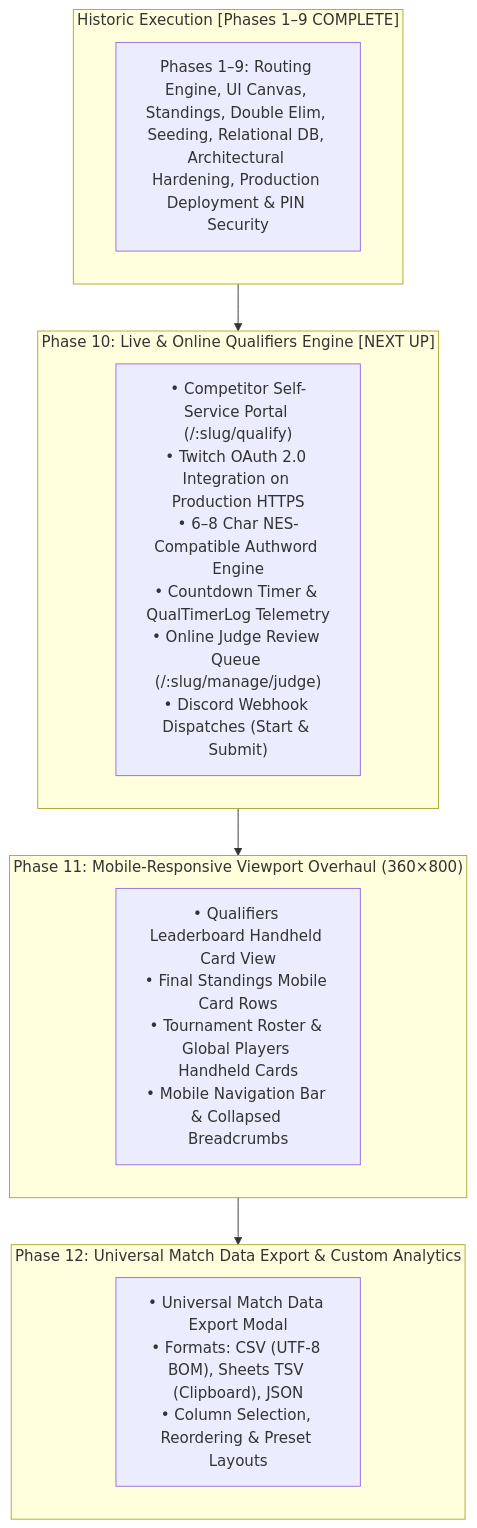
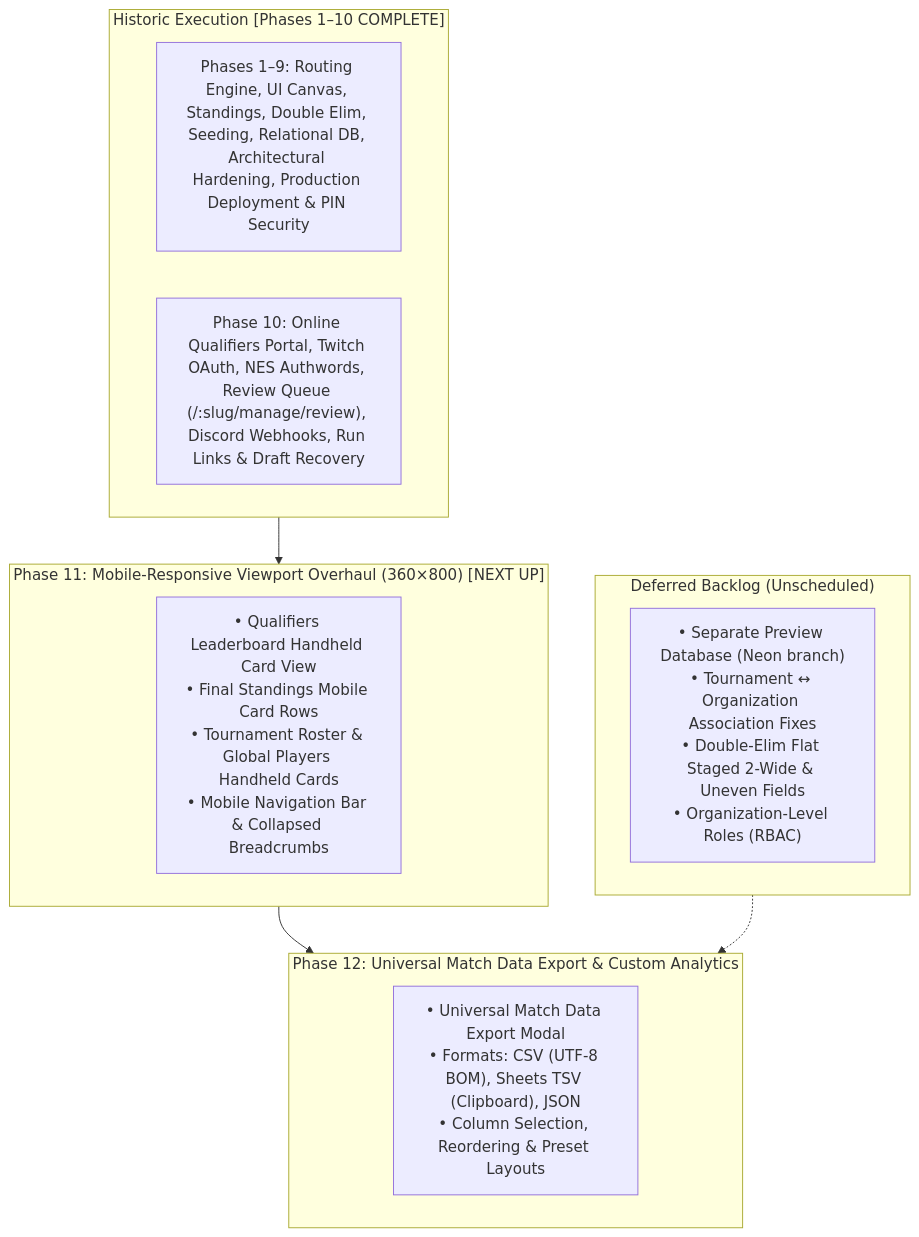
One commit to jgrondski/matchfoundry changed the diagram in docs/implementation_plan.md. Above: the diagram before and after it, drawn with Mermaid. The commit also changed other lines of this file and 14 other files, not shown here.

````diff
--- a/docs/implementation_plan.md
+++ b/docs/implementation_plan.md
@@ -126,20 +126,22 @@
 ```mermaid
 flowchart TD
-    subgraph Historic["Historic Execution [Phases 1–9 COMPLETE]"]
+    subgraph Historic["Historic Execution [Phases 1–10 COMPLETE]"]
         H1["Phases 1–9: Routing Engine, UI Canvas, Standings, Double Elim, Seeding, Relational DB, Architectural Hardening, Production Deployment & PIN Security"]
+        H2["Phase 10: Online Qualifiers Portal, Twitch OAuth, NES Authwords, Review Queue (/:slug/manage/review), Discord Webhooks, Run Links & Draft Recovery"]
     end
 
-    subgraph Phase10["Phase 10: Live & Online Qualifiers Engine [NEXT UP]"]
-        P10["• Competitor Self-Service Portal (/:slug/qualify)<br>• Twitch OAuth 2.0 Integration on Production HTTPS<br>• 6–8 Char NES-Compatible Authword Engine<br>• Countdown Timer & QualTimerLog Telemetry<br>• Online Judge Review Queue (/:slug/manage/judge)<br>• Discord Webhook Dispatches (Start & Submit)"]
-    end
-
-    subgraph Phase11["Phase 11: Mobile-Responsive Viewport Overhaul (360×800)"]
+    subgraph Phase11["Phase 11: Mobile-Responsive Viewport Overhaul (360×800) [NEXT UP]"]
         P11["• Qualifiers Leaderboard Handheld Card View<br>• Final Standings Mobile Card Rows<br>• Tournament Roster & Global Players Handheld Cards<br>• Mobile Navigation Bar & Collapsed Breadcrumbs"]
     end
 
     subgraph Phase12["Phase 12: Universal Match Data Export & Custom Analytics"]
         P12["• Universal Match Data Export Modal<br>• Formats: CSV (UTF-8 BOM), Sheets TSV (Clipboard), JSON<br>• Column Selection, Reordering & Preset Layouts"]
     end
 
-    Historic --> Phase10 --> Phase11 --> Phase12
+    subgraph Backlog["Deferred Backlog (Unscheduled)"]
+        B1["• Separate Preview Database (Neon branch)<br>• Tournament ↔ Organization Association Fixes<br>• Double-Elim Flat Staged 2-Wide & Uneven Fields<br>• Organization-Level Roles (RBAC)"]
+    end
+
+    Historic --> Phase11 --> Phase12
+    Backlog -.-> Phase12
 ```
````
